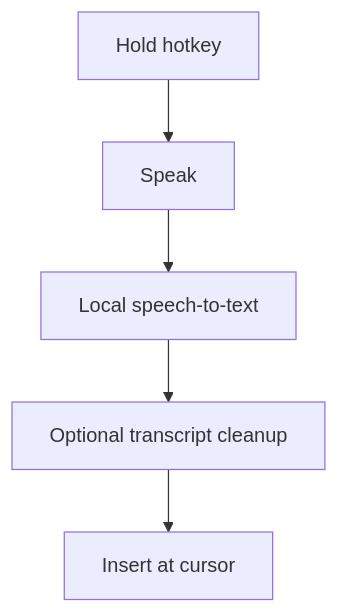
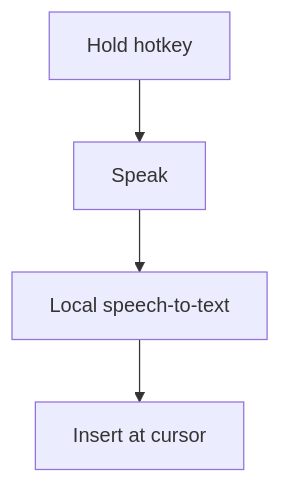
The first of 4 diagrams in README.md (cupsadarius/relay), drawn with Mermaid before and after one commit. The commit also changed other lines of this file and 90 other files, not shown here.

````diff
--- a/README.md
+++ b/README.md
@@ -15,7 +15,6 @@
 ```mermaid
 flowchart TD
     A[Hold hotkey] --> B[Speak]
     B --> C[Local speech-to-text]
-    C --> D[Optional transcript cleanup]
-    D --> E[Insert at cursor]
+    C --> D[Insert at cursor]
 ```
````
